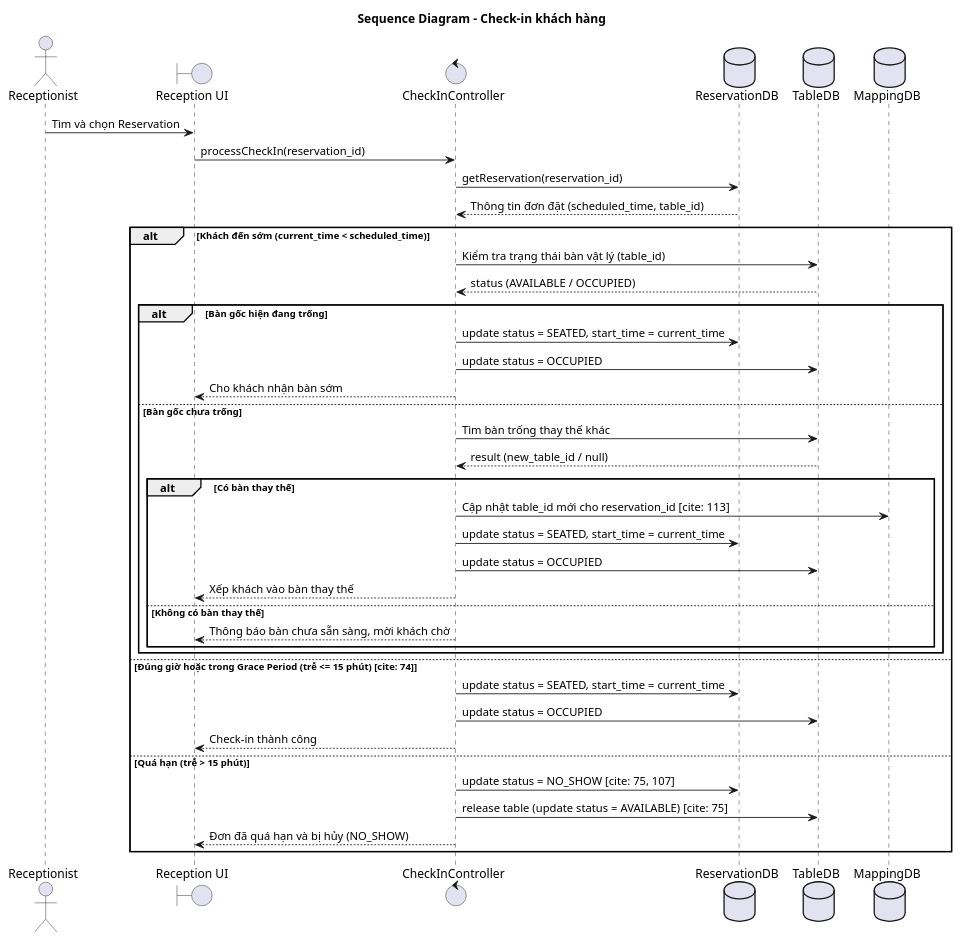
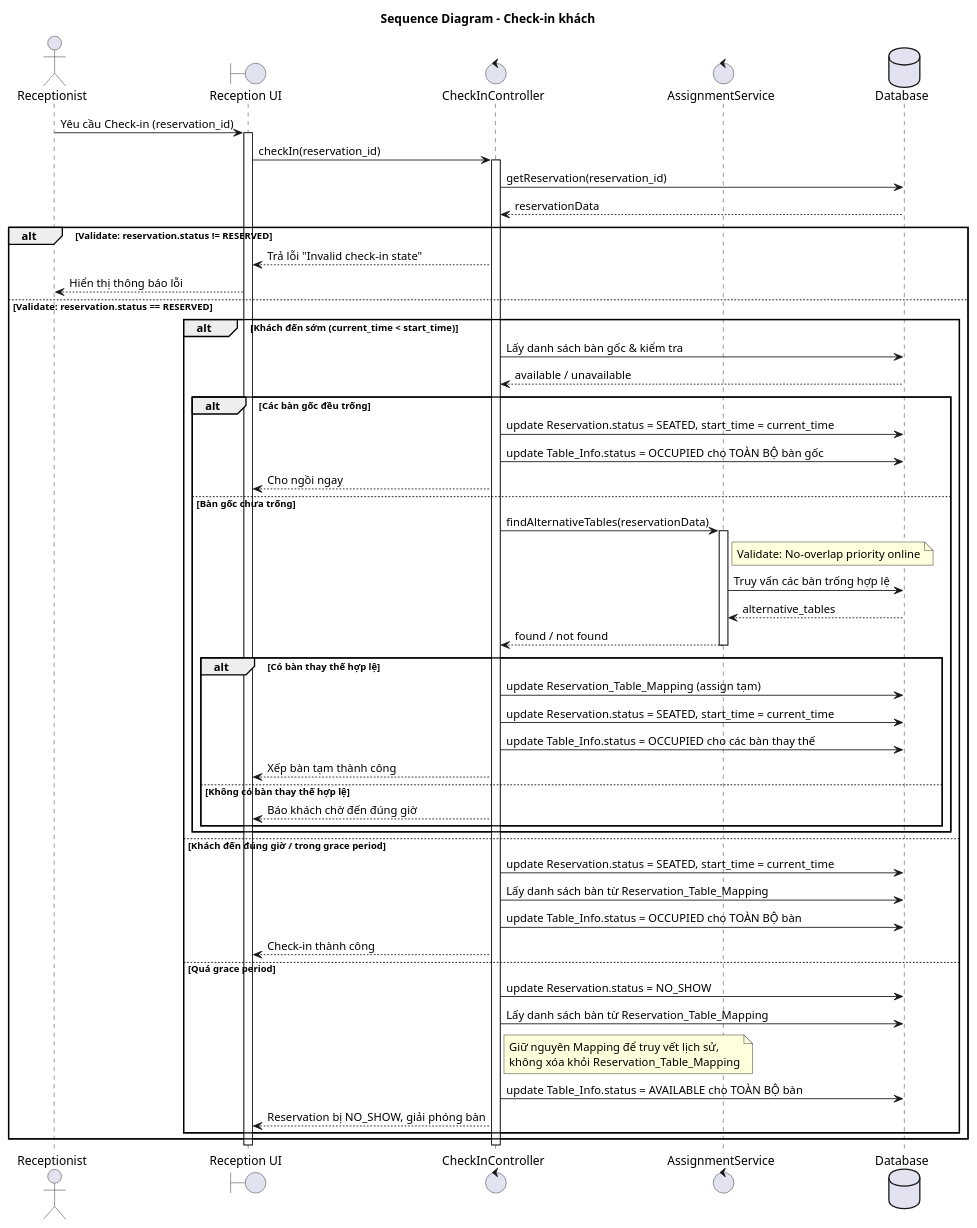
One commit to QuangLam0208/restaurant-reservation-system changed the diagram in docs/uml/sequence-check-in.puml. Above: the diagram before and after it, drawn with PlantUML. The commit also changed other lines of this file, not shown here.

Commit message:
Update Sequence check in

```diff
--- a/docs/uml/sequence-check-in.puml
+++ b/docs/uml/sequence-check-in.puml
@@ -1,49 +1,72 @@
 @startuml
-title Sequence Diagram - Check-in khách hàng
+title Sequence Diagram - Check-in khách
 
-actor Receptionist
-boundary POS as "Reception UI"
+actor "Receptionist" as Receptionist
+boundary "Reception UI" as POS
 control CheckInController
-database ReservationDB
-database TableDB
-database MappingDB
+control AssignmentService
+database Database
 
-Receptionist -> POS : Tìm và chọn Reservation
-POS -> CheckInController : processCheckIn(reservation_id)
+Receptionist -> POS : Yêu cầu Check-in (reservation_id)
+activate POS
+POS -> CheckInController : checkIn(reservation_id)
+activate CheckInController
 
-CheckInController -> ReservationDB : getReservation(reservation_id)
-ReservationDB --> CheckInController : Thông tin đơn đặt (scheduled_time, table_id)
+CheckInController -> Database : getReservation(reservation_id)
+Database --> CheckInController : reservationData
 
-alt Khách đến sớm (current_time < scheduled_time)
-    CheckInController -> TableDB : Kiểm tra trạng thái bàn vật lý (table_id)
-    TableDB --> CheckInController : status (AVAILABLE / OCCUPIED)
+alt Validate: reservation.status != RESERVED
+    CheckInController --> POS : Trả lỗi "Invalid check-in state"
+    POS --> Receptionist : Hiển thị thông báo lỗi
+else Validate: reservation.status == RESERVED
 
-    alt Bàn gốc hiện đang trống
-        CheckInController -> ReservationDB : update status = SEATED, start_time = current_time
-        CheckInController -> TableDB : update status = OCCUPIED
-        CheckInController --> POS : Cho khách nhận bàn sớm
-    else Bàn gốc chưa trống
-        CheckInController -> TableDB : Tìm bàn trống thay thế khác
-        TableDB --> CheckInController : result (new_table_id / null)
+    alt Khách đến sớm (current_time < start_time)
+        CheckInController -> Database : Lấy danh sách bàn gốc & kiểm tra
+        Database --> CheckInController : available / unavailable
 
-        alt Có bàn thay thế
-            CheckInController -> MappingDB : Cập nhật table_id mới cho reservation_id [cite: 113]
-            CheckInController -> ReservationDB : update status = SEATED, start_time = current_time
-            CheckInController -> TableDB : update status = OCCUPIED
-            CheckInController --> POS : Xếp khách vào bàn thay thế
-        else Không có bàn thay thế
-            CheckInController --> POS : Thông báo bàn chưa sẵn sàng, mời khách chờ
+        alt Các bàn gốc đều trống
+            CheckInController -> Database : update Reservation.status = SEATED, start_time = current_time
+            CheckInController -> Database : update Table_Info.status = OCCUPIED cho TOÀN BỘ bàn gốc
+            CheckInController --> POS : Cho ngồi ngay
+        else Bàn gốc chưa trống
+            CheckInController -> AssignmentService : findAlternativeTables(reservationData)
+            activate AssignmentService
+            note right of AssignmentService
+              Validate: No-overlap priority online
+            end note
+            AssignmentService -> Database : Truy vấn các bàn trống hợp lệ
+            Database --> AssignmentService : alternative_tables
+            AssignmentService --> CheckInController : found / not found
+            deactivate AssignmentService
+
+            alt Có bàn thay thế hợp lệ
+                CheckInController -> Database : update Reservation_Table_Mapping (assign tạm)
+                CheckInController -> Database : update Reservation.status = SEATED, start_time = current_time
+                CheckInController -> Database : update Table_Info.status = OCCUPIED cho các bàn thay thế
+                CheckInController --> POS : Xếp bàn tạm thành công
+            else Không có bàn thay thế hợp lệ
+                CheckInController --> POS : Báo khách chờ đến đúng giờ
+            end
         end
+
+    else Khách đến đúng giờ / trong grace period
+        CheckInController -> Database : update Reservation.status = SEATED, start_time = current_time
+        CheckInController -> Database : Lấy danh sách bàn từ Reservation_Table_Mapping
+        CheckInController -> Database : update Table_Info.status = OCCUPIED cho TOÀN BỘ bàn
+        CheckInController --> POS : Check-in thành công
+
+    else Quá grace period
+        CheckInController -> Database : update Reservation.status = NO_SHOW
+        CheckInController -> Database : Lấy danh sách bàn từ Reservation_Table_Mapping
+        note right of CheckInController
+          Giữ nguyên Mapping để truy vết lịch sử,
+          không xóa khỏi Reservation_Table_Mapping
+        end note
+        CheckInController -> Database : update Table_Info.status = AVAILABLE cho TOÀN BỘ bàn
+        CheckInController --> POS : Reservation bị NO_SHOW, giải phóng bàn
     end
+end
 
-else Đúng giờ hoặc trong Grace Period (trễ <= 15 phút) [cite: 74]
-    CheckInController -> ReservationDB : update status = SEATED, start_time = current_time
-    CheckInController -> TableDB : update status = OCCUPIED
-    CheckInController --> POS : Check-in thành công
-
-else Quá hạn (trễ > 15 phút)
-    CheckInController -> ReservationDB : update status = NO_SHOW [cite: 75, 107]
-    CheckInController -> TableDB : release table (update status = AVAILABLE) [cite: 75]
-    CheckInController --> POS : Đơn đã quá hạn và bị hủy (NO_SHOW)
-end
+deactivate CheckInController
+deactivate POS
 @enduml
```
